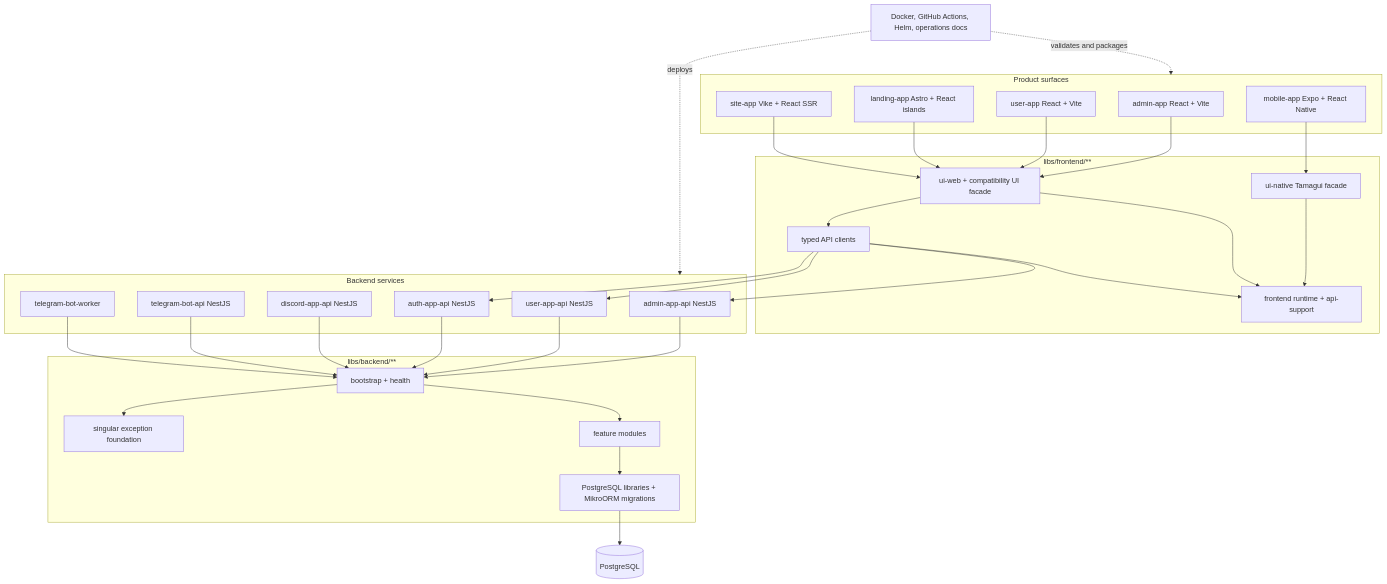
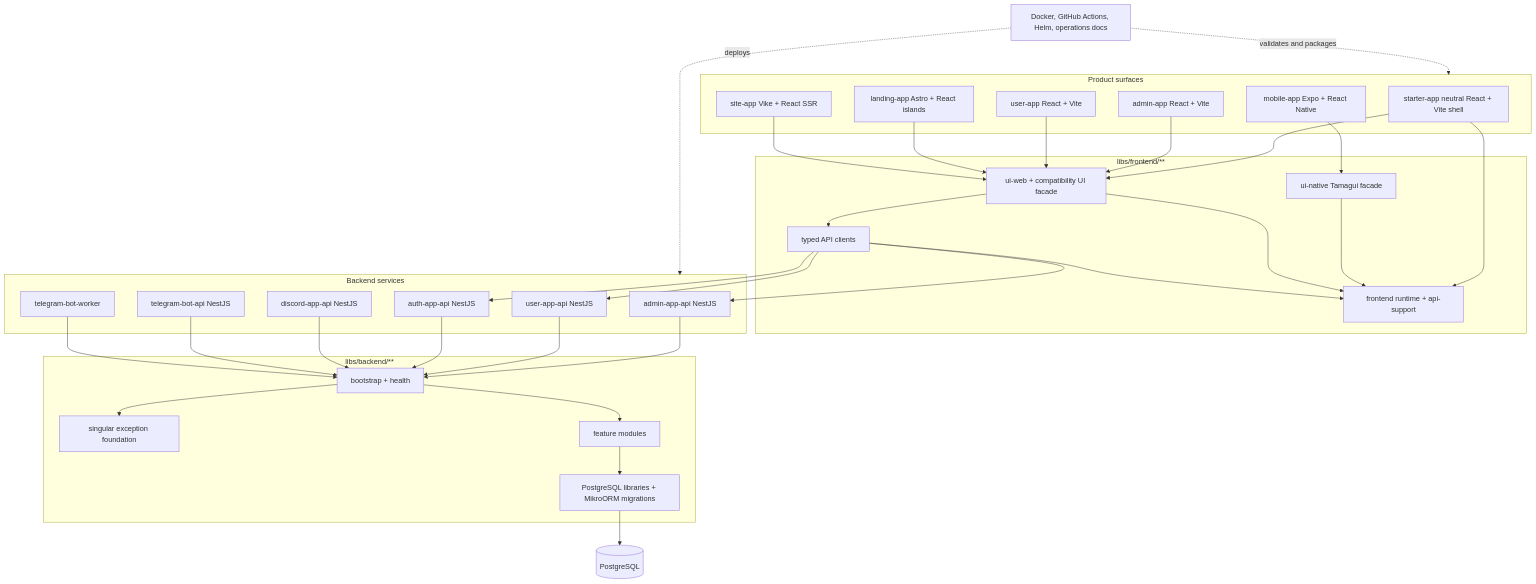
One commit to nmime/dehqonhub changed the diagram in README.md. Above: the diagram before and after it, drawn with Mermaid. The commit also changed other lines of this file and 1671 other files, not shown here.

````diff
--- a/README.md
+++ b/README.md
@@ -7,57 +7,60 @@
 ```mermaid
 flowchart TB
   subgraph Product["Product surfaces"]
+    Starter["starter-app neutral React + Vite shell"]
     Admin["admin-app React + Vite"]
     User["user-app React + Vite"]
     Landing["landing-app Astro + React islands"]
     Site["site-app Vike + React SSR"]
     Mobile["mobile-app Expo + React Native"]
   end
   subgraph Frontend["libs/frontend/**"]
     UI["ui-web + compatibility UI facade"]
     NativeUI["ui-native Tamagui facade"]
     Runtime["frontend runtime + api-support"]
     Client["typed API clients"]
   end
   subgraph Services["Backend services"]
     AdminApi["admin-app-api NestJS"]
     UserApi["user-app-api NestJS"]
     AuthApi["auth-app-api NestJS"]
     DiscordApi["discord-app-api NestJS"]
     TelegramApi["telegram-bot-api NestJS"]
     TelegramWorker["telegram-bot-worker"]
   end
   subgraph Backend["libs/backend/**"]
     Bootstrap["bootstrap + health"]
     Exception["singular exception foundation"]
     Features["feature modules"]
     Postgres["PostgreSQL libraries + MikroORM migrations"]
   end
   Data[(PostgreSQL)]
   Ops["Docker, GitHub Actions, Helm, operations docs"]
 
+  Starter --> UI
+  Starter --> Runtime
   Admin --> UI
   User --> UI
   Landing --> UI
   Site --> UI
   Mobile --> NativeUI
   NativeUI --> Runtime
   UI --> Runtime
   UI --> Client
   Client --> Runtime
   Client --> AdminApi
   Client --> UserApi
   Client --> AuthApi
   AdminApi --> Bootstrap
   UserApi --> Bootstrap
   AuthApi --> Bootstrap
   DiscordApi --> Bootstrap
   TelegramApi --> Bootstrap
   TelegramWorker --> Bootstrap
   Bootstrap --> Exception
   Bootstrap --> Features
   Features --> Postgres
   Postgres --> Data
   Ops -. "validates and packages" .-> Product
   Ops -. "deploys" .-> Services
 ```
````
